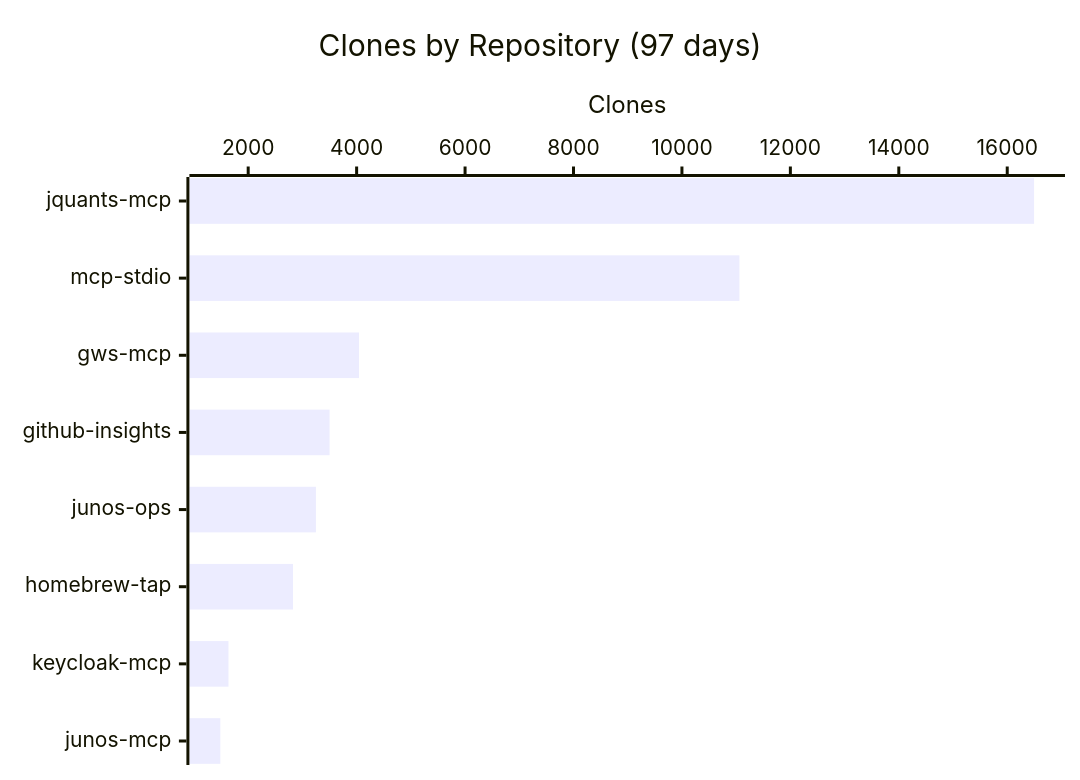
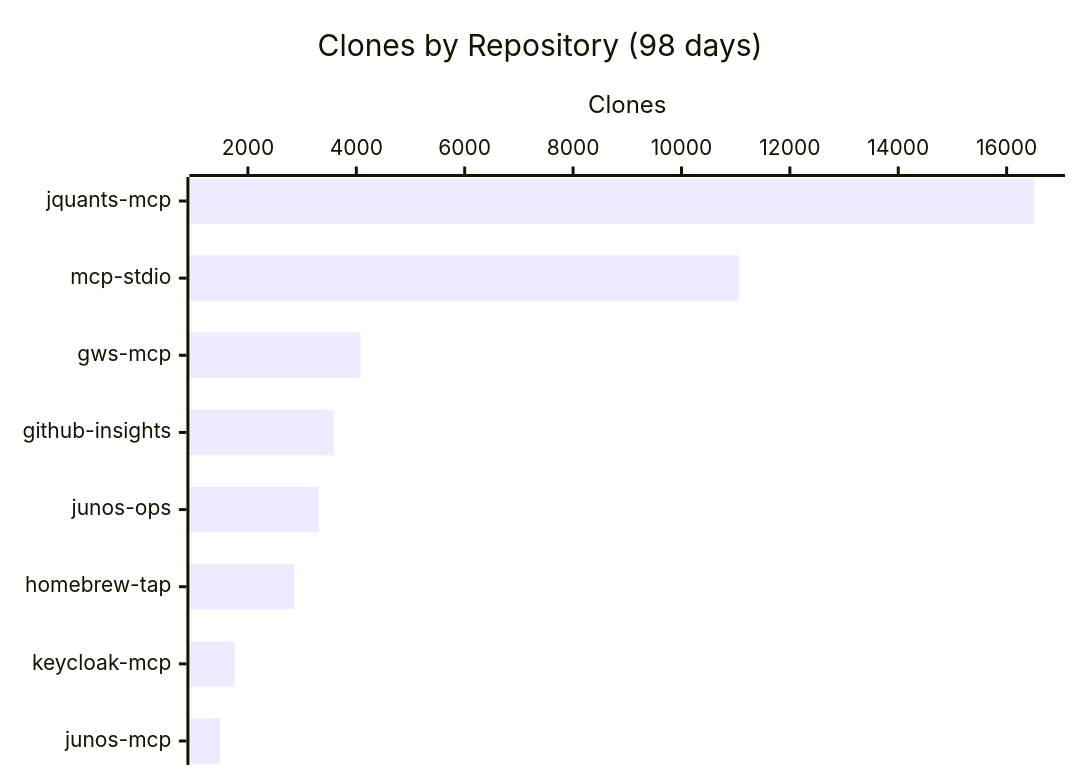
The third of 3 diagrams in README.md (shigechika/github-insights), drawn with Mermaid before and after one commit. The commit also changed other lines of this file and 2 other files, not shown here.

````diff
--- a/README.md
+++ b/README.md
@@ -43,7 +43,7 @@
 ```mermaid
 xychart-beta horizontal
-    title "Clones by Repository (97 days)"
+    title "Clones by Repository (98 days)"
     x-axis ["jquants-mcp", "mcp-stdio", "gws-mcp", "github-insights", "junos-ops", "homebrew-tap", "keycloak-mcp", "junos-mcp"]
     y-axis "Clones"
-    bar [16495, 11060, 4044, 3501, 3249, 2827, 1636, 1486]
+    bar [16506, 11062, 4077, 3586, 3310, 2852, 1756, 1491]
 ```
````
